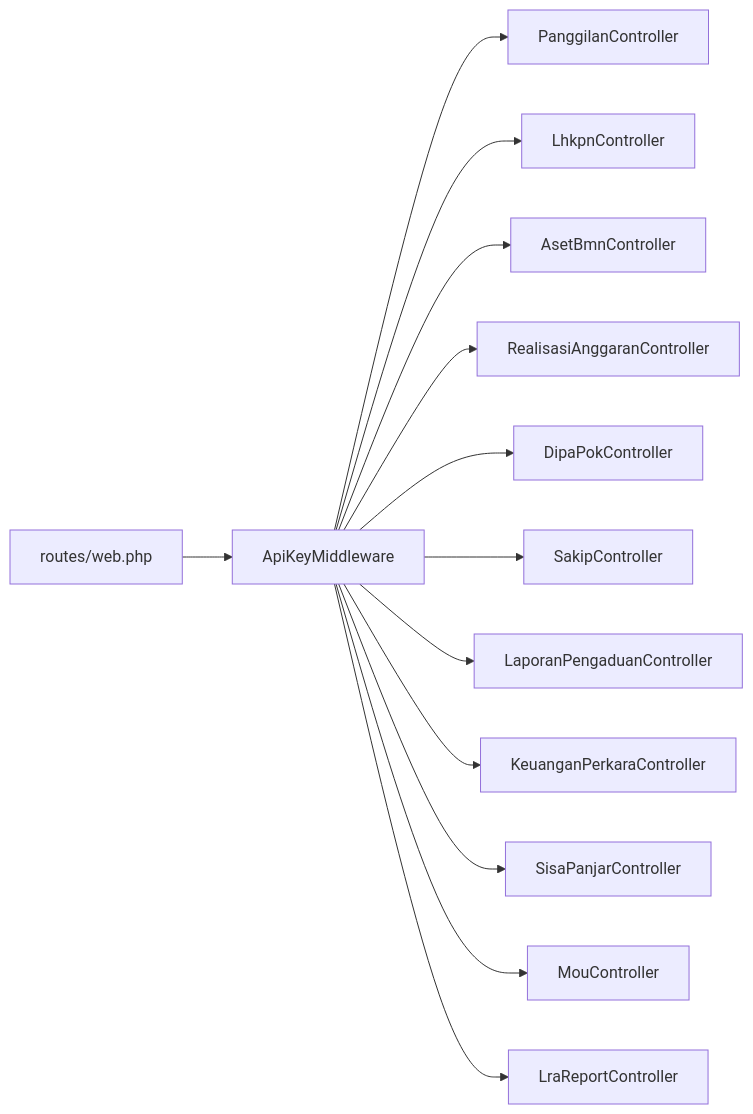
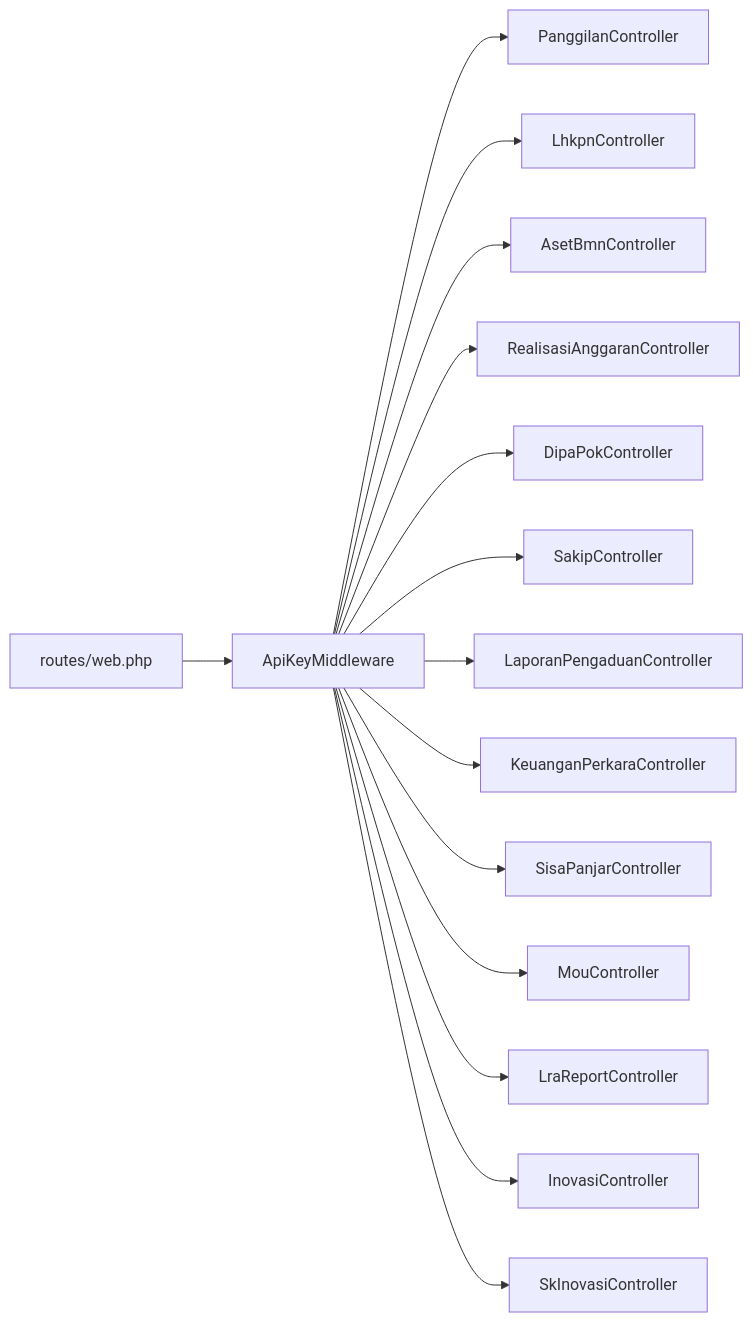
Before and after one commit to backuppapnj/api-web: the fourth of 5 diagrams in .qoder/repowiki/en/content/API Reference/Protected Endpoints (Full CRUD)/Protected Endpoints (Full CRUD).md, drawn with Mermaid. The commit also changed other lines of this file and 13 other files, not shown here.

````diff
--- a/.qoder/repowiki/en/content/API Reference/Protected Endpoints (Full CRUD)/Protected Endpoints (Full CRUD).md
+++ b/.qoder/repowiki/en/content/API Reference/Protected Endpoints (Full CRUD)/Protected Endpoints (Full CRUD).md
@@ -610,15 +711,17 @@
 ```mermaid
 graph LR
 R["routes/web.php"] --> MW["ApiKeyMiddleware"]
 MW --> C1["PanggilanController"]
 MW --> C2["LhkpnController"]
 MW --> C3["AsetBmnController"]
 MW --> C4["RealisasiAnggaranController"]
 MW --> C5["DipaPokController"]
 MW --> C6["SakipController"]
 MW --> C7["LaporanPengaduanController"]
 MW --> C8["KeuanganPerkaraController"]
 MW --> C9["SisaPanjarController"]
 MW --> C10["MouController"]
 MW --> C11["LraReportController"]
+MW --> C12["InovasiController"]
+MW --> C13["SkInovasiController"]
 ```
````
